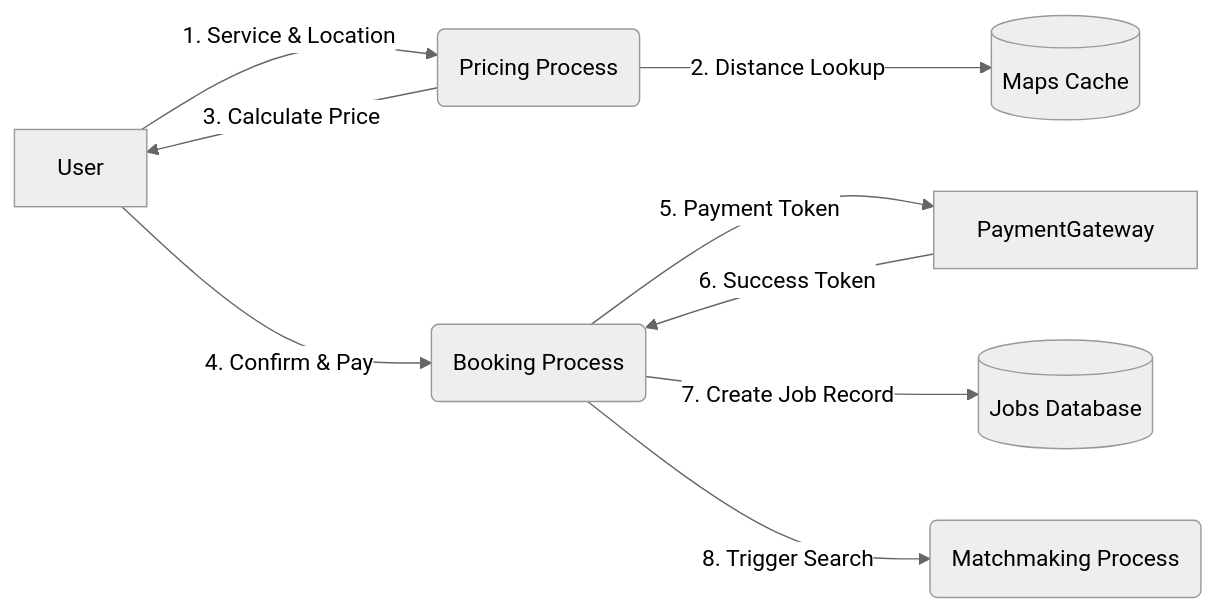
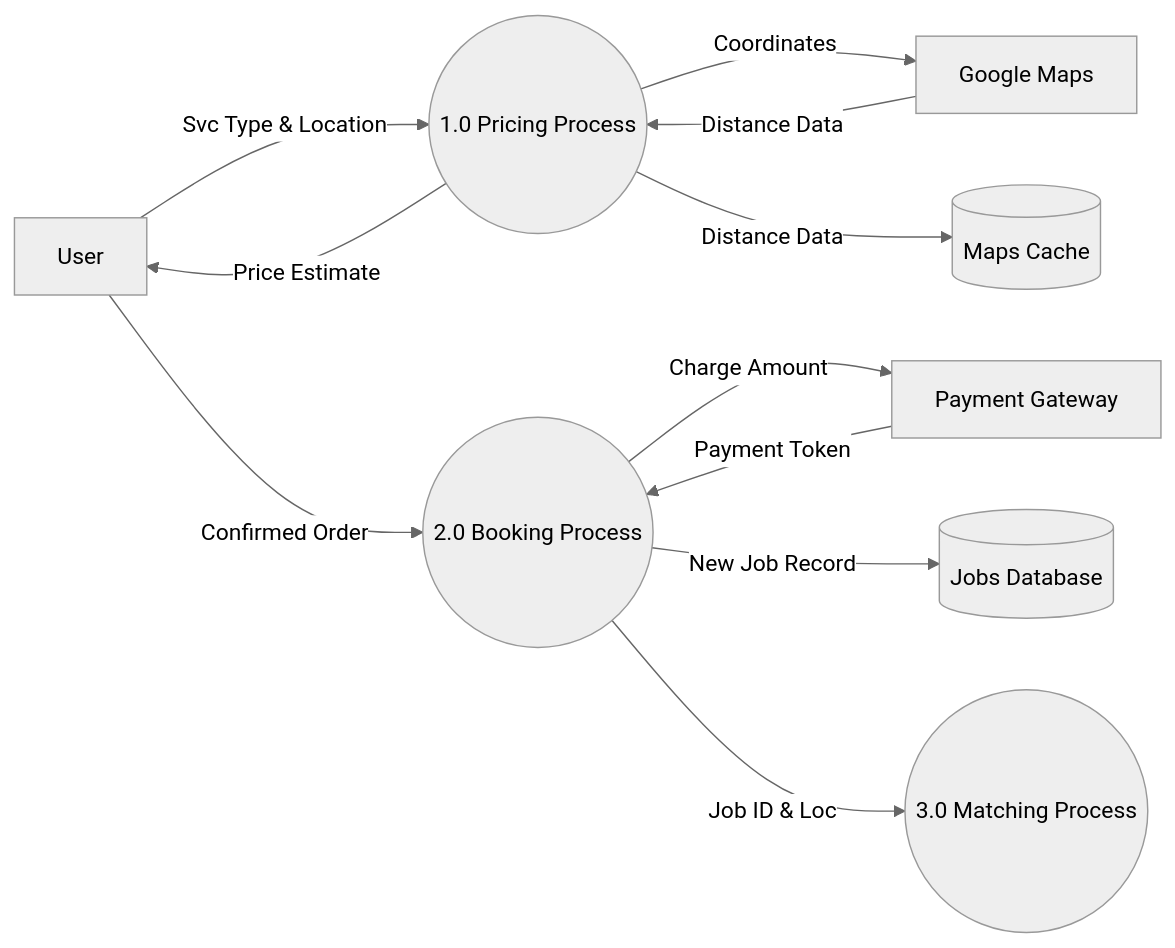
The second of 3 diagrams in docs_detailed_flows/detailed/DATA_FLOW_DIAGRAMS.md (Somilg11/oddigo-v2), drawn with Mermaid (neutral theme) before and after one commit. The commit also changed other lines of this file and 3 other files, not shown here.

````diff
--- a/docs_detailed_flows/detailed/DATA_FLOW_DIAGRAMS.md
+++ b/docs_detailed_flows/detailed/DATA_FLOW_DIAGRAMS.md
@@ -42,13 +53,27 @@
 ```mermaid
 graph LR
-    User -->|1. Service & Location| PriceEngine(Pricing Process)
-    PriceEngine -->|2. Distance Lookup| MapsDB[(Maps Cache)]
-    PriceEngine -->|3. Calculate Price| User
+    User[User]
+    Pricing((1.0 Pricing Process))
+    Booking((2.0 Booking Process))
+    Matching((3.0 Matching Process))
     
-    User -->|4. Confirm & Pay| BookingProcess(Booking Process)
-    BookingProcess -->|5. Payment Token| PaymentGateway
-    PaymentGateway -->|6. Success Token| BookingProcess
+    MapsAPI[Google Maps]
+    PaymentGateway[Payment Gateway]
     
-    BookingProcess -->|7. Create Job Record| JobsDB[(Jobs Database)]
-    BookingProcess -->|8. Trigger Search| MatchProcess(Matchmaking Process)
+    JobStore[(Jobs Database)]
+    MapsCache[(Maps Cache)]
+
+    %% Pricing Flow
+    User -- Svc Type & Location --> Pricing
+    Pricing -- Coordinates --> MapsAPI
+    MapsAPI -- Distance Data --> Pricing
+    Pricing -- Distance Data --> MapsCache
+    Pricing -- Price Estimate --> User
+
+    %% Booking Flow
+    User -- Confirmed Order --> Booking
+    Booking -- Charge Amount --> PaymentGateway
+    PaymentGateway -- Payment Token --> Booking
+    Booking -- New Job Record --> JobStore
+    Booking -- Job ID & Loc --> Matching
 ```
````
